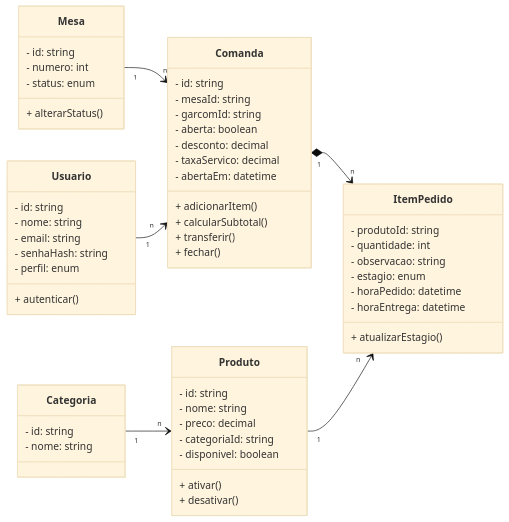
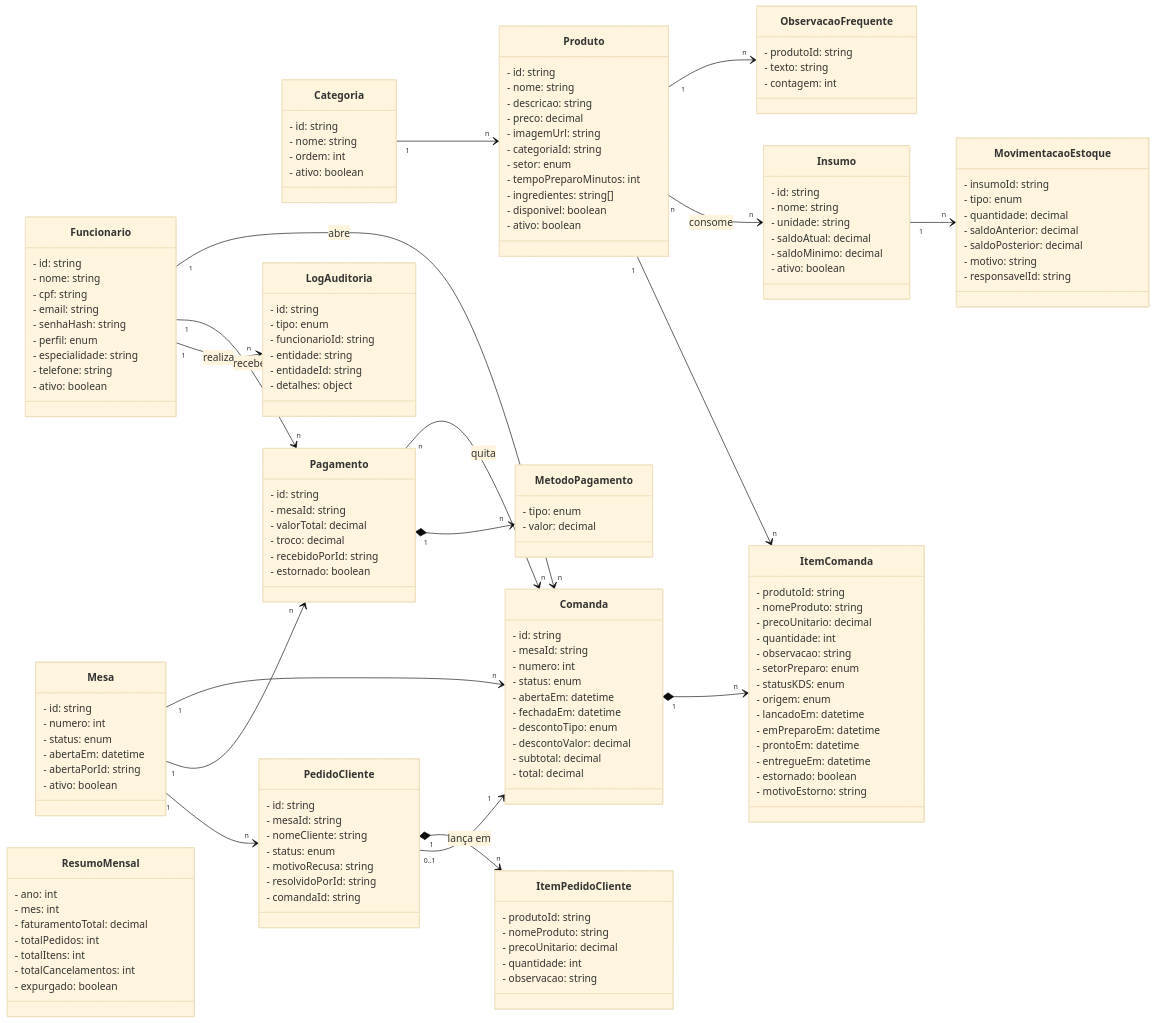
Before and after one commit to ProntaComanda/ProntaComanda-docs: the fourth of 11 diagrams in README.md, drawn with Mermaid (base theme). The commit also changed other lines of this file, not shown here.

````diff
--- a/README.md
+++ b/README.md
@@ -372,58 +736,153 @@
 ```mermaid
 classDiagram
 direction LR
-    class Usuario {
+    class Funcionario {
         - id: string
         - nome: string
+        - cpf: string
         - email: string
         - senhaHash: string
         - perfil: enum
-        + autenticar()
+        - especialidade: string
+        - telefone: string
+        - ativo: boolean
     }
     class Categoria {
         - id: string
         - nome: string
+        - ordem: int
+        - ativo: boolean
     }
     class Produto {
         - id: string
         - nome: string
+        - descricao: string
         - preco: decimal
+        - imagemUrl: string
         - categoriaId: string
+        - setor: enum
+        - tempoPreparoMinutos: int
+        - ingredientes: string[]
         - disponivel: boolean
-        + ativar()
-        + desativar()
+        - ativo: boolean
+    }
+    class ObservacaoFrequente {
+        - produtoId: string
+        - texto: string
+        - contagem: int
+    }
+    class Insumo {
+        - id: string
+        - nome: string
+        - unidade: string
+        - saldoAtual: decimal
+        - saldoMinimo: decimal
+        - ativo: boolean
+    }
+    class MovimentacaoEstoque {
+        - insumoId: string
+        - tipo: enum
+        - quantidade: decimal
+        - saldoAnterior: decimal
+        - saldoPosterior: decimal
+        - motivo: string
+        - responsavelId: string
     }
     class Mesa {
         - id: string
         - numero: int
         - status: enum
-        + alterarStatus()
+        - abertaEm: datetime
+        - abertaPorId: string
+        - ativo: boolean
     }
     class Comanda {
         - id: string
         - mesaId: string
-        - garcomId: string
-        - aberta: boolean
-        - desconto: decimal
-        - taxaServico: decimal
+        - numero: int
+        - status: enum
         - abertaEm: datetime
-        + adicionarItem()
-        + calcularSubtotal()
-        + transferir()
-        + fechar()
+        - fechadaEm: datetime
+        - descontoTipo: enum
+        - descontoValor: decimal
+        - subtotal: decimal
+        - total: decimal
     }
-    class ItemPedido {
+    class ItemComanda {
         - produtoId: string
+        - nomeProduto: string
+        - precoUnitario: decimal
         - quantidade: int
         - observacao: string
-        - estagio: enum
-        - horaPedido: datetime
-        - horaEntrega: datetime
-        + atualizarEstagio()
+        - setorPreparo: enum
+        - statusKDS: enum
+        - origem: enum
+        - lancadoEm: datetime
+        - emPreparoEm: datetime
+        - prontoEm: datetime
+        - entregueEm: datetime
+        - estornado: boolean
+        - motivoEstorno: string
+    }
+    class Pagamento {
+        - id: string
+        - mesaId: string
+        - valorTotal: decimal
+        - troco: decimal
+        - recebidoPorId: string
+        - estornado: boolean
+    }
+    class MetodoPagamento {
+        - tipo: enum
+        - valor: decimal
+    }
+    class PedidoCliente {
+        - id: string
+        - mesaId: string
+        - nomeCliente: string
+        - status: enum
+        - motivoRecusa: string
+        - resolvidoPorId: string
+        - comandaId: string
+    }
+    class ItemPedidoCliente {
+        - produtoId: string
+        - nomeProduto: string
+        - precoUnitario: decimal
+        - quantidade: int
+        - observacao: string
+    }
+    class LogAuditoria {
+        - id: string
+        - tipo: enum
+        - funcionarioId: string
+        - entidade: string
+        - entidadeId: string
+        - detalhes: object
+    }
+    class ResumoMensal {
+        - ano: int
+        - mes: int
+        - faturamentoTotal: decimal
+        - totalPedidos: int
+        - totalItens: int
+        - totalCancelamentos: int
+        - expurgado: boolean
     }
     Categoria "1" --> "n" Produto
+    Produto "1" --> "n" ObservacaoFrequente
+    Produto "n" --> "n" Insumo : consome
+    Insumo "1" --> "n" MovimentacaoEstoque
     Mesa "1" --> "n" Comanda
-    Usuario "1" --> "n" Comanda
-    Comanda "1" *--> "n" ItemPedido
-    Produto "1" --> "n" ItemPedido
+    Funcionario "1" --> "n" Comanda : abre
+    Comanda "1" *--> "n" ItemComanda
+    Produto "1" --> "n" ItemComanda
+    Mesa "1" --> "n" Pagamento
+    Pagamento "n" --> "n" Comanda : quita
+    Pagamento "1" *--> "n" MetodoPagamento
+    Funcionario "1" --> "n" Pagamento : recebe
+    Mesa "1" --> "n" PedidoCliente
+    PedidoCliente "1" *--> "n" ItemPedidoCliente
+    PedidoCliente "0..1" --> "1" Comanda : lança em
+    Funcionario "1" --> "n" LogAuditoria : realiza
 ```
````
